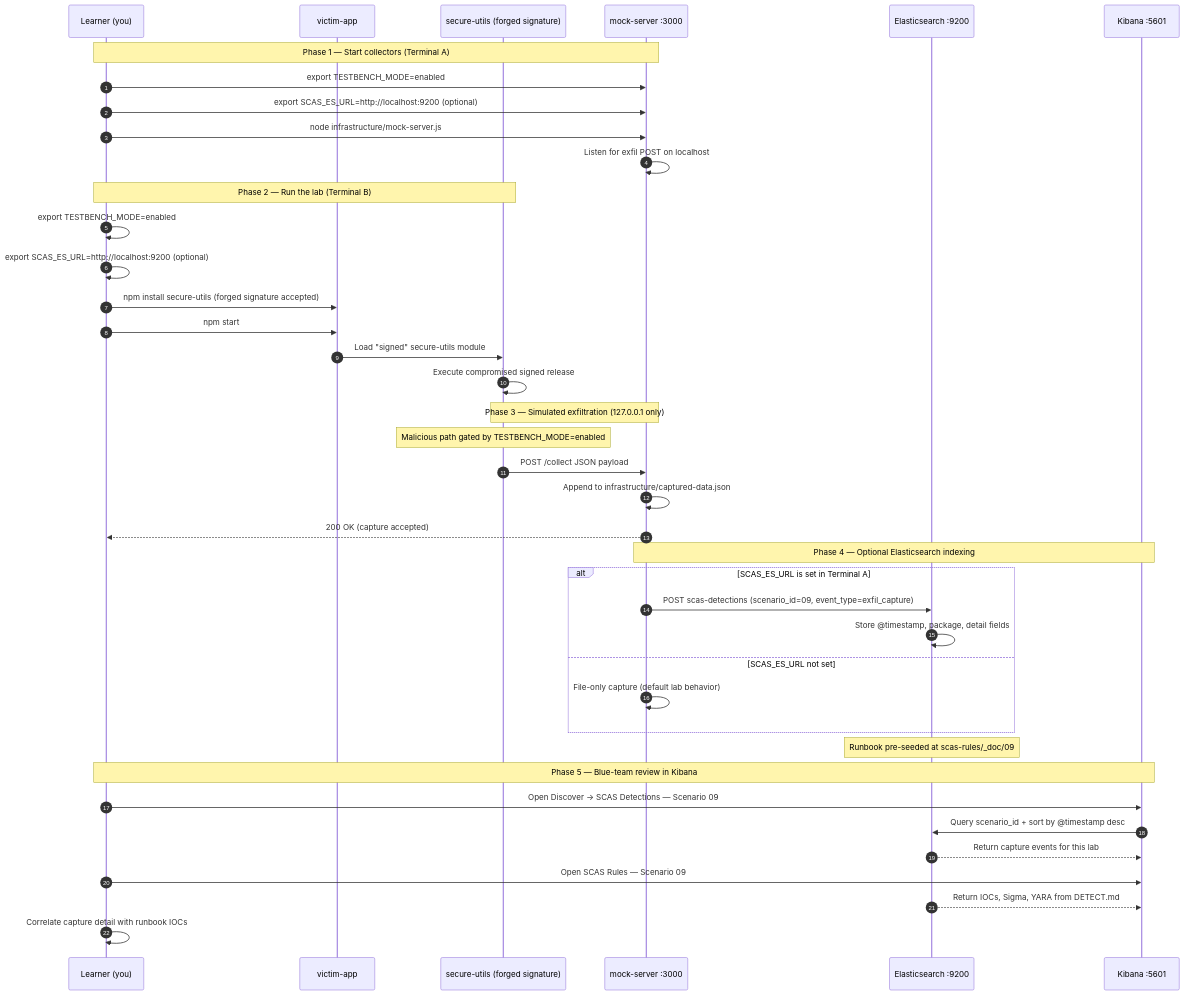
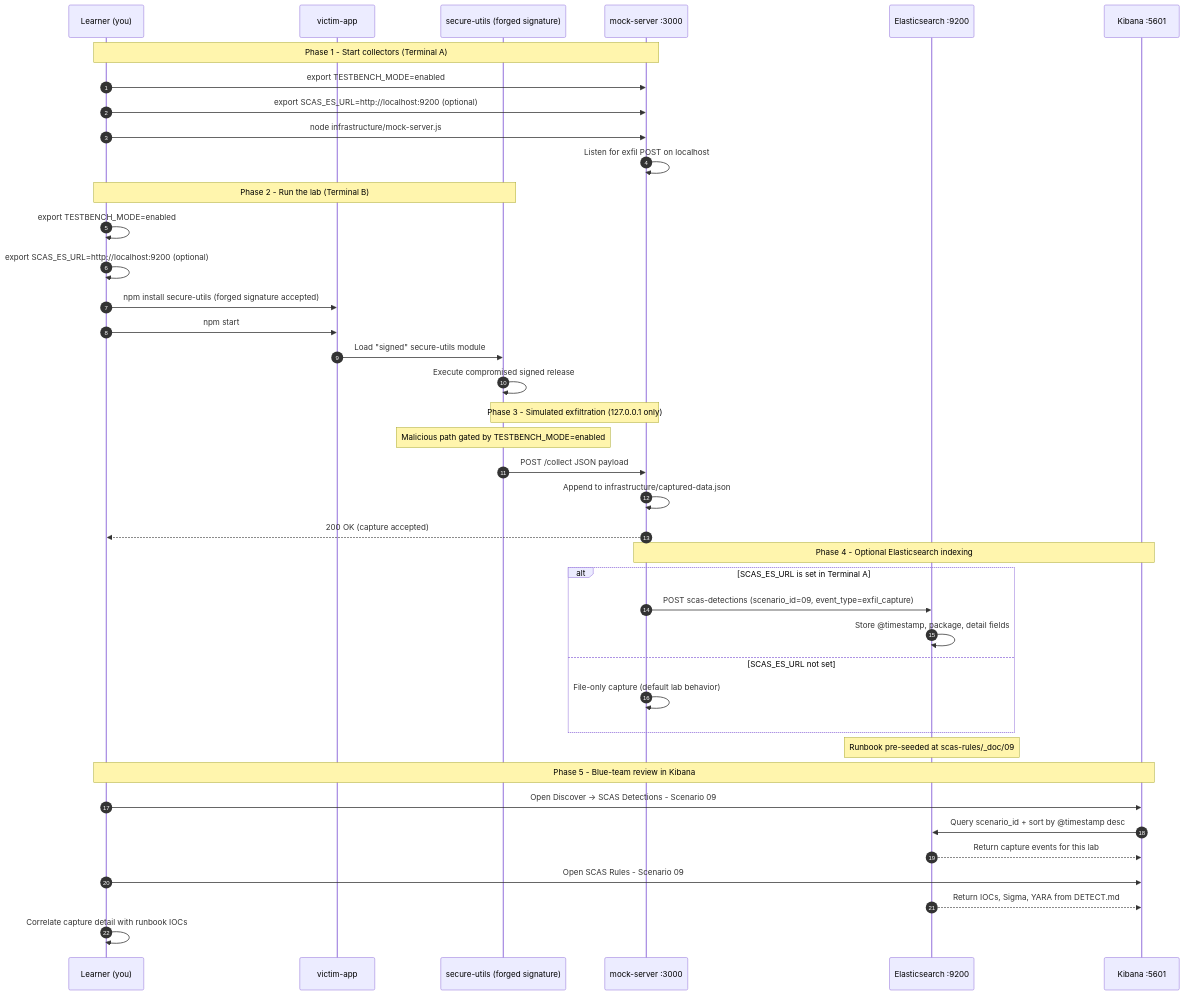
One commit to RAJANAGORI/testbench changed the diagram in documentation/scenario-guides/zero-to-hero/ZERO_TO_HERO_SCENARIO_09.md. Above: the diagram before and after it, drawn with Mermaid. The commit also changed other lines of this file and 66 other files, not shown here.

````diff
--- a/documentation/scenario-guides/zero-to-hero/ZERO_TO_HERO_SCENARIO_09.md
+++ b/documentation/scenario-guides/zero-to-hero/ZERO_TO_HERO_SCENARIO_09.md
@@ -388,47 +388,47 @@
 ```mermaid
 sequenceDiagram
     autonumber
     participant Learner as Learner (you)
     participant Victim as victim-app
     participant MalPkg as secure-utils (forged signature)
     participant Mock as mock-server :3000
     participant ES as Elasticsearch :9200
     participant Kibana as Kibana :5601
 
-    Note over Learner,Mock: Phase 1 — Start collectors (Terminal A)
+    Note over Learner,Mock: Phase 1 - Start collectors (Terminal A)
     Learner->>Mock: export TESTBENCH_MODE=enabled
     Learner->>Mock: export SCAS_ES_URL=http://localhost:9200 (optional)
     Learner->>Mock: node infrastructure/mock-server.js
     Mock->>Mock: Listen for exfil POST on localhost
 
-    Note over Learner,MalPkg: Phase 2 — Run the lab (Terminal B)
+    Note over Learner,MalPkg: Phase 2 - Run the lab (Terminal B)
     Learner->>Learner: export TESTBENCH_MODE=enabled
     Learner->>Learner: export SCAS_ES_URL=http://localhost:9200 (optional)
     Learner->>Victim: npm install secure-utils (forged signature accepted)
     Learner->>Victim: npm start
     Victim->>MalPkg: Load "signed" secure-utils module
     MalPkg->>MalPkg: Execute compromised signed release
 
-    Note over MalPkg,Mock: Phase 3 — Simulated exfiltration (127.0.0.1 only)
+    Note over MalPkg,Mock: Phase 3 - Simulated exfiltration (127.0.0.1 only)
     Note over MalPkg: Malicious path gated by TESTBENCH_MODE=enabled
     MalPkg->>Mock: POST /collect JSON payload
     Mock->>Mock: Append to infrastructure/captured-data.json
     Mock-->>Learner: 200 OK (capture accepted)
 
-    Note over Mock,Kibana: Phase 4 — Optional Elasticsearch indexing
+    Note over Mock,Kibana: Phase 4 - Optional Elasticsearch indexing
     alt SCAS_ES_URL is set in Terminal A
     Mock->>ES: POST scas-detections (scenario_id=09, event_type=exfil_capture)
     ES->>ES: Store @timestamp, package, detail fields
     else SCAS_ES_URL not set
     Mock->>Mock: File-only capture (default lab behavior)
     end
 
     Note over ES: Runbook pre-seeded at scas-rules/_doc/09
-    Note over Learner,Kibana: Phase 5 — Blue-team review in Kibana
-    Learner->>Kibana: Open Discover → SCAS Detections — Scenario 09
+    Note over Learner,Kibana: Phase 5 - Blue-team review in Kibana
+    Learner->>Kibana: Open Discover → SCAS Detections - Scenario 09
     Kibana->>ES: Query scenario_id + sort by @timestamp desc
     ES-->>Kibana: Return capture events for this lab
-    Learner->>Kibana: Open SCAS Rules — Scenario 09
+    Learner->>Kibana: Open SCAS Rules - Scenario 09
     ES-->>Kibana: Return IOCs, Sigma, YARA from DETECT.md
     Learner->>Learner: Correlate capture detail with runbook IOCs
 ```
````
